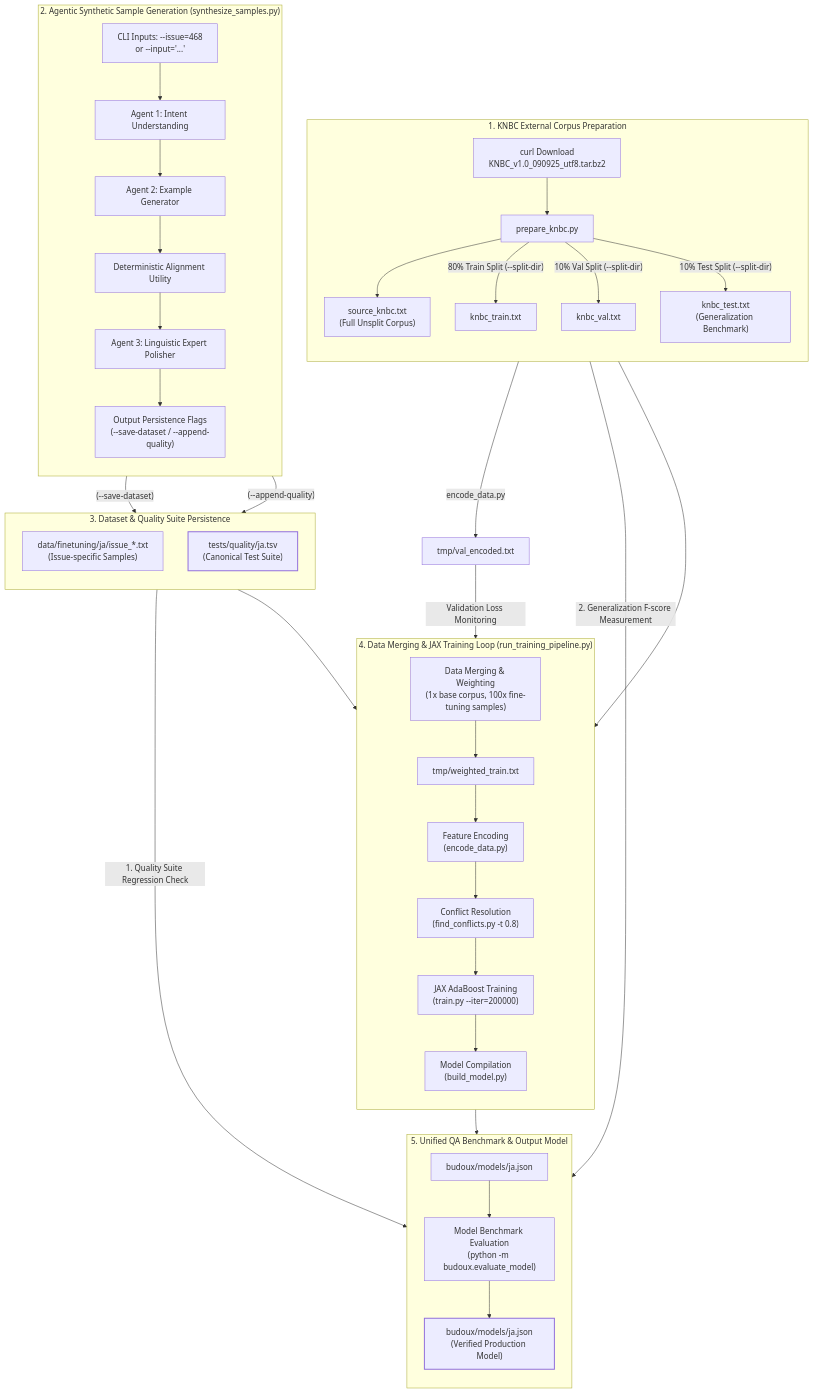
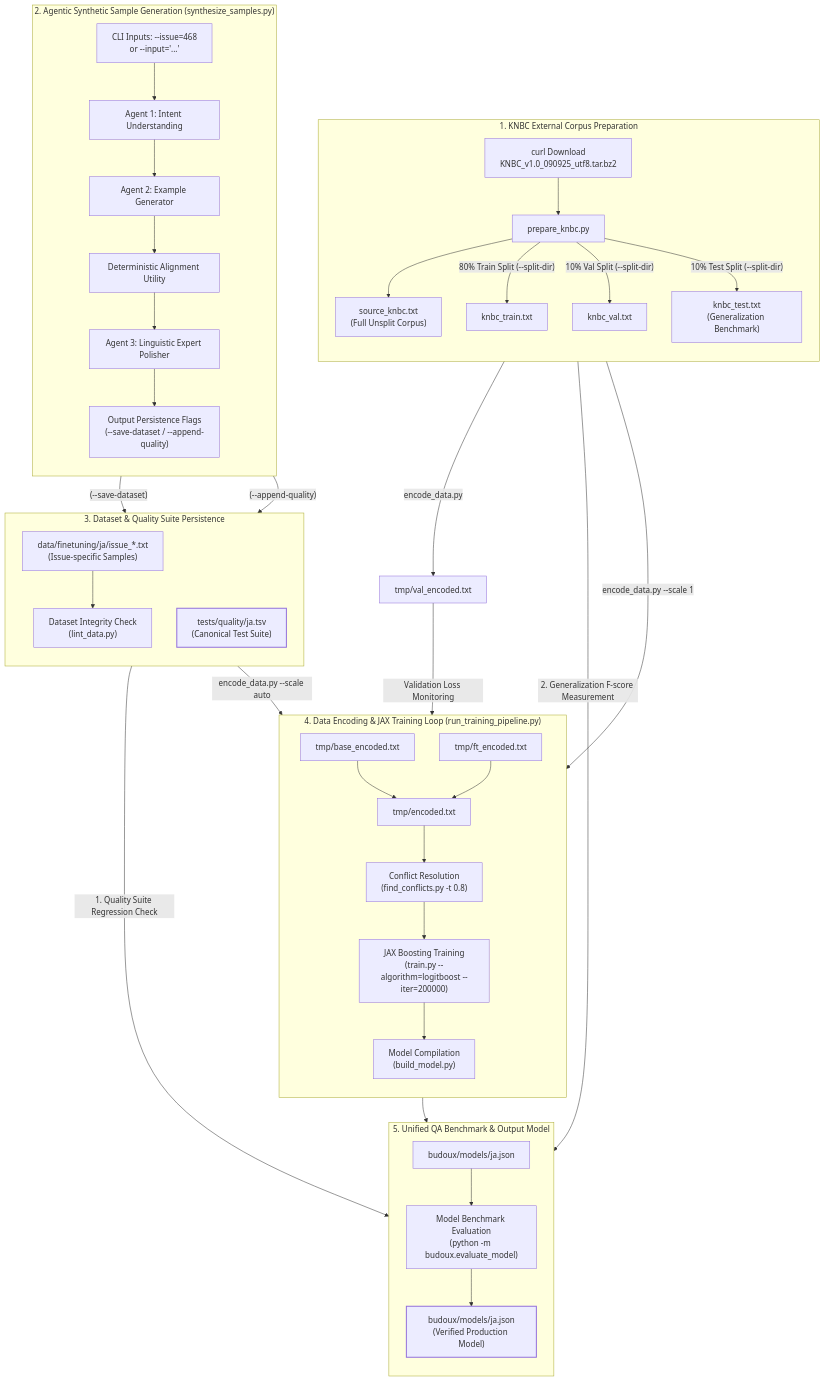
Before and after one commit to google/budoux: the diagram in scripts/README.md, drawn with Mermaid. The commit also changed other lines of this file, not shown here.

Commit message:
docs(scripts): update training pipeline documentation for LogitBoost and auto-balancing

````diff
--- a/scripts/README.md
+++ b/scripts/README.md
@@ -7,64 +7,65 @@
 ```mermaid
 flowchart TB
     %% Phase 1: External KNBC Corpus Preparation
     subgraph P1 ["1. KNBC External Corpus Preparation"]
         direction TB
         KNBC_RAW["curl Download<br>KNBC_v1.0_090925_utf8.tar.bz2"] --> KNBC_PREP["prepare_knbc.py"]
         KNBC_PREP --> KNBC_SRC["source_knbc.txt<br>(Full Unsplit Corpus)"]
         
         KNBC_PREP -->|"80% Train Split (--split-dir)"| KNBC_TRAIN["knbc_train.txt"]
         KNBC_PREP -->|"10% Val Split (--split-dir)"| KNBC_VAL["knbc_val.txt"]
         KNBC_PREP -->|"10% Test Split (--split-dir)"| KNBC_TEST["knbc_test.txt<br>(Generalization Benchmark)"]
     end
 
     %% Phase 2: Agentic Synthetic Sample Generation
     subgraph P2 ["2. Agentic Synthetic Sample Generation (synthesize_samples.py)"]
         direction TB
         CLI_IN["CLI Inputs: --issue=468<br>or --input='...'"] --> AGENT1["Agent 1: Intent Understanding"]
         AGENT1 --> AGENT2["Agent 2: Example Generator"]
         AGENT2 --> OVERLAY["Deterministic Alignment Utility"]
         OVERLAY --> AGENT3["Agent 3: Linguistic Expert Polisher"]
         AGENT3 --> OUTPUT_FLAGS["Output Persistence Flags<br>(--save-dataset / --append-quality)"]
     end
 
     %% Phase 3: Dataset & Test Suite Persistence
     subgraph P3 ["3. Dataset & Quality Suite Persistence"]
         direction TB
         OUTPUT_FLAGS -->|"(--save-dataset)"| SYNTH_STORE["data/finetuning/ja/issue_*.txt<br>(Issue-specific Samples)"]
         OUTPUT_FLAGS -->|"(--append-quality)"| REG_TSV["tests/quality/ja.tsv<br>(Canonical Test Suite)"]
+        SYNTH_STORE --> LINT_PY["Dataset Integrity Check<br>(lint_data.py)"]
     end
 
     %% Phase 4: Data Merging & Training Loop
-    subgraph P4 ["4. Data Merging & JAX Training Loop (run_training_pipeline.py)"]
+    subgraph P4 ["4. Data Encoding & JAX Training Loop (run_training_pipeline.py)"]
         direction TB
-        KNBC_TRAIN --> MERGE_DATA["Data Merging & Weighting<br>(1x base corpus, 100x fine-tuning samples)"]
-        SYNTH_STORE --> MERGE_DATA
+        KNBC_TRAIN -->|"encode_data.py --scale 1"| BASE_ENC["tmp/base_encoded.txt"]
+        LINT_PY -->|"encode_data.py --scale auto"| FT_ENC["tmp/ft_encoded.txt"]
         
-        MERGE_DATA --> COMBINED_TXT["tmp/weighted_train.txt"]
-        COMBINED_TXT --> ENCODE_PY["Feature Encoding<br>(encode_data.py)"]
-        ENCODE_PY --> CONFLICT_PY["Conflict Resolution<br>(find_conflicts.py -t 0.8)"]
-        CONFLICT_PY --> TRAIN_PY["JAX AdaBoost Training<br>(train.py --iter=200000)"]
+        BASE_ENC --> ENCODED_TXT["tmp/encoded.txt"]
+        FT_ENC --> ENCODED_TXT
+        ENCODED_TXT --> CONFLICT_PY["Conflict Resolution<br>(find_conflicts.py -t 0.8)"]
+        CONFLICT_PY --> TRAIN_PY["JAX Boosting Training<br>(train.py --algorithm=logitboost --iter=200000)"]
         
         TRAIN_PY --> BUILD_PY["Model Compilation<br>(build_model.py)"]
     end
 
     %% Phase 5: Unified QA & Output Artifacts
     subgraph P5 ["5. Unified QA Benchmark & Output Model"]
         direction TB
         BUILD_PY --> TEMP_MODEL["budoux/models/ja.json"]
         TEMP_MODEL --> EVAL_PY["Model Benchmark Evaluation<br>(python -m budoux.evaluate_model)"]
         
         REG_TSV -->|"1. Quality Suite Regression Check"| EVAL_PY
         KNBC_TEST -->|"2. Generalization F-score Measurement"| EVAL_PY
         
         EVAL_PY --> FINAL_JSON["budoux/models/ja.json<br>(Verified Production Model)"]
     end
 
     %% Direct Connections (Validation Feature Encoding)
     KNBC_VAL -->|"encode_data.py"| VAL_ENCODED["tmp/val_encoded.txt"]
     VAL_ENCODED -->|"Validation Loss Monitoring"| TRAIN_PY
 
     %% Border Styles
     style REG_TSV stroke-width:2px
     style FINAL_JSON stroke-width:2px
 ```
````
